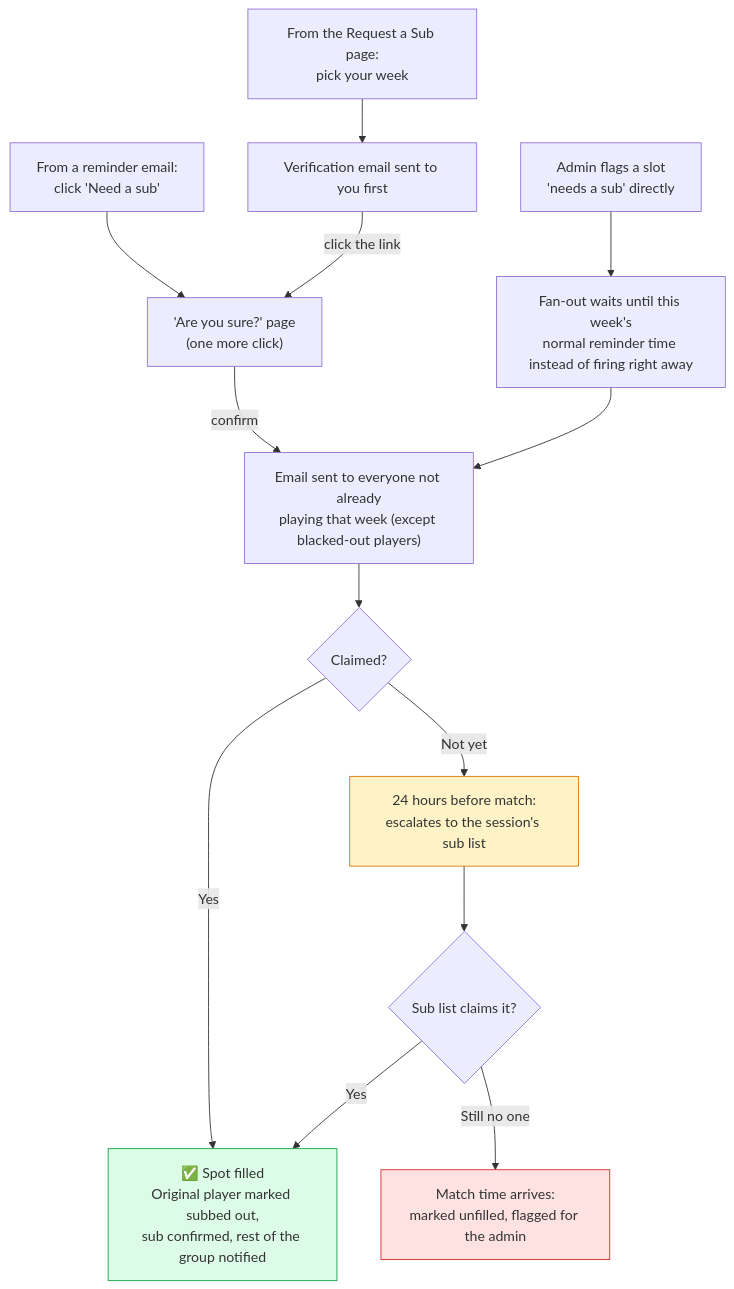
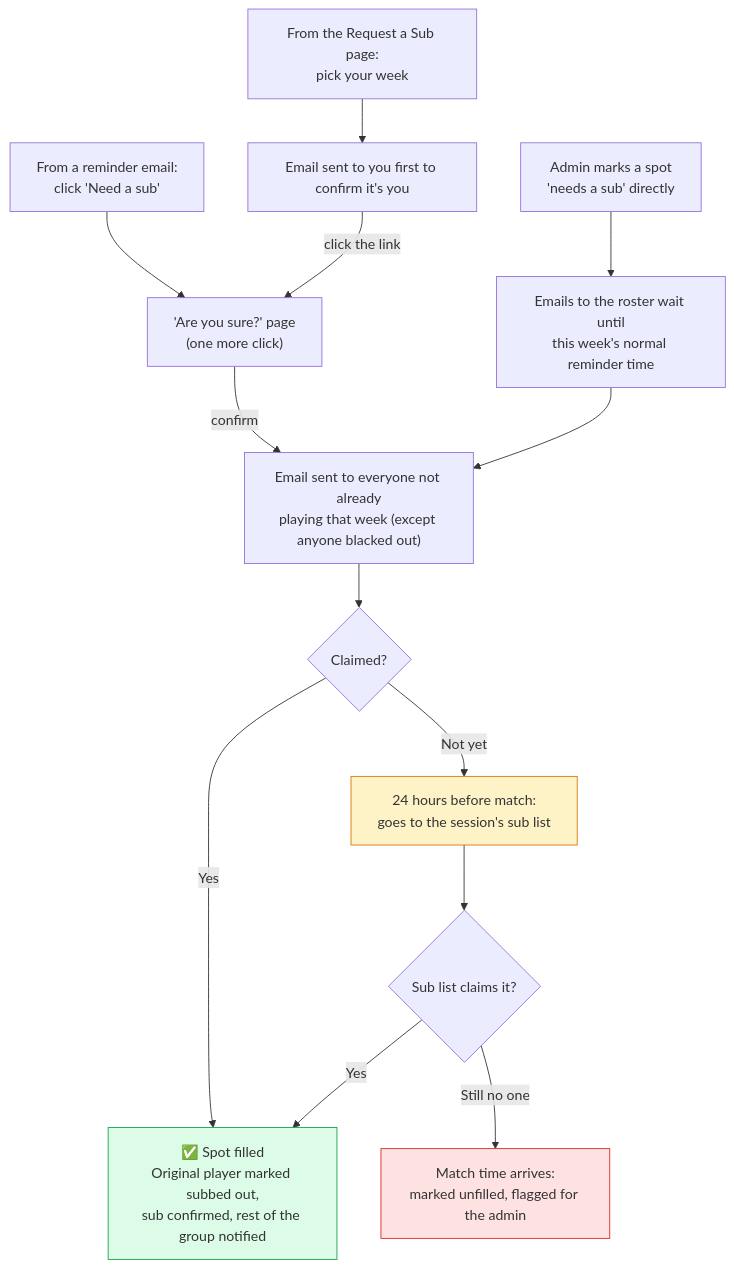
Before and after one commit to kylekrieg/tennis-scheduler: the second of 4 diagrams in README.md, drawn with Mermaid. The commit also changed other lines of this file and 2 other files, not shown here.

````diff
--- a/README.md
+++ b/README.md
@@ -166,19 +145,19 @@
 ```mermaid
 flowchart TD
     A1["From a reminder email:<br/>click 'Need a sub'"] --> C["'Are you sure?' page<br/>(one more click)"]
-    A2["From the Request a Sub page:<br/>pick your week"] --> V["Verification email sent to you first"]
+    A2["From the Request a Sub page:<br/>pick your week"] --> V["Email sent to you first to confirm it's you"]
     V -->|click the link| C
-    A3["Admin flags a slot<br/>'needs a sub' directly"] --> W["Fan-out waits until this week's<br/>normal reminder time instead of firing right away"]
-    C -->|confirm| F["Email sent to everyone not already<br/>playing that week (except blacked-out players)"]
+    A3["Admin marks a spot<br/>'needs a sub' directly"] --> W["Emails to the roster wait until<br/>this week's normal reminder time"]
+    C -->|confirm| F["Email sent to everyone not already<br/>playing that week (except anyone blacked out)"]
     W --> F
     F --> G{"Claimed?"}
     G -->|Yes| H["✅ Spot filled<br/>Original player marked subbed out,<br/>sub confirmed, rest of the group notified"]
-    G -->|Not yet| I["24 hours before match:<br/>escalates to the session's sub list"]
+    G -->|Not yet| I["24 hours before match:<br/>goes to the session's sub list"]
     I --> J{"Sub list claims it?"}
     J -->|Yes| H
     J -->|Still no one| K["Match time arrives:<br/>marked unfilled, flagged for the admin"]
 
     style H fill:#dcfce7,stroke:#16a34a
     style K fill:#fee2e2,stroke:#dc2626
     style I fill:#fef3c7,stroke:#d97706
 ```
````
